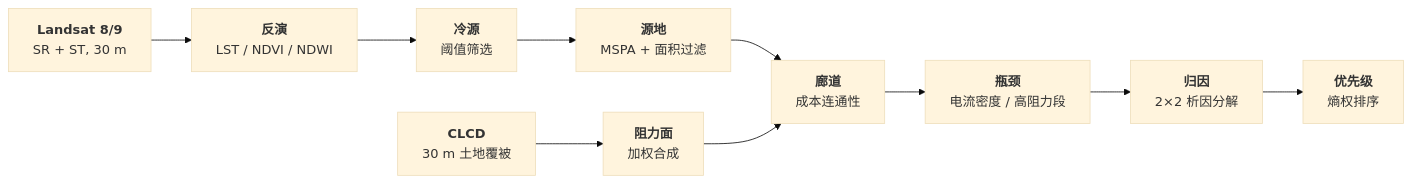
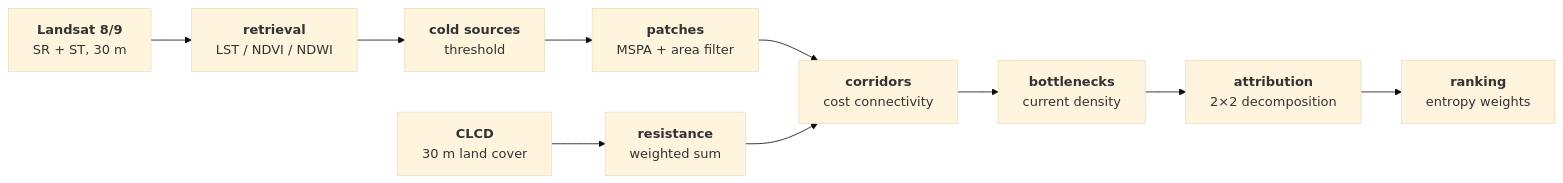
Before and after one commit to zhangyx0803/shanghai-cool-island-network: the diagram in README.md, drawn with Mermaid (base theme). The commit also changed other lines of this file and 6 other files, not shown here.

````diff
--- a/README.md
+++ b/README.md
@@ -57,12 +59,12 @@
 ```mermaid
 flowchart LR
-  A["<b>Landsat 8/9</b><br/>SR + ST, 30 m"] --> B["<b>反演</b><br/>LST / NDVI / NDWI"]
-  C["<b>CLCD</b><br/>30 m 土地覆被"] --> D["<b>阻力面</b><br/>加权合成"]
-  B --> E["<b>冷源</b><br/>阈值筛选"]
-  E --> F["<b>源地</b><br/>MSPA + 面积过滤"]
-  F --> G["<b>廊道</b><br/>成本连通性"]
+  A["<b>Landsat 8/9</b><br/>SR + ST, 30 m"] --> B["<b>retrieval</b><br/>LST / NDVI / NDWI"]
+  C["<b>CLCD</b><br/>30 m land cover"] --> D["<b>resistance</b><br/>weighted sum"]
+  B --> E["<b>cold sources</b><br/>threshold"]
+  E --> F["<b>patches</b><br/>MSPA + area filter"]
+  F --> G["<b>corridors</b><br/>cost connectivity"]
   D --> G
-  G --> H["<b>瓶颈</b><br/>电流密度 / 高阻力段"]
-  H --> I["<b>归因</b><br/>2×2 析因分解"]
-  I --> J["<b>优先级</b><br/>熵权排序"]
+  G --> H["<b>bottlenecks</b><br/>current density"]
+  H --> I["<b>attribution</b><br/>2×2 decomposition"]
+  I --> J["<b>ranking</b><br/>entropy weights"]
 ```
````
